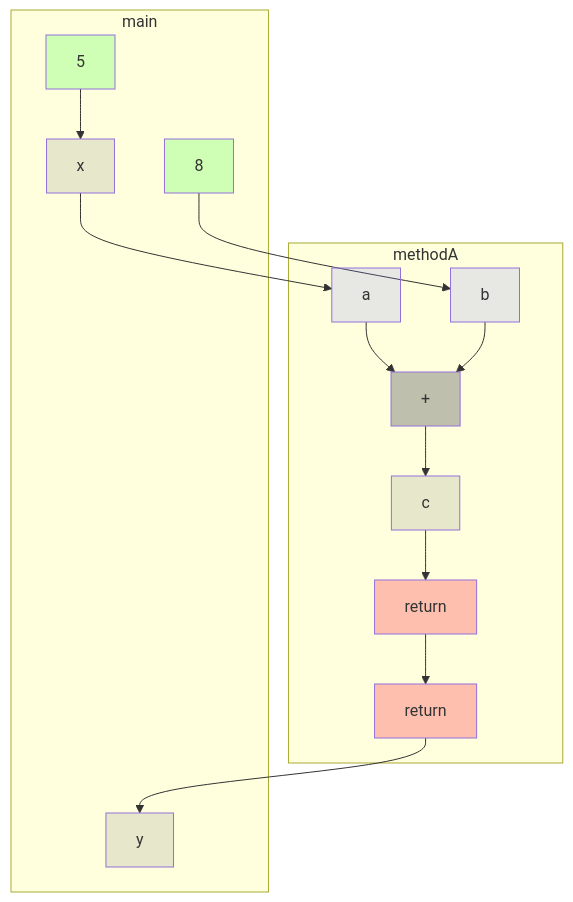
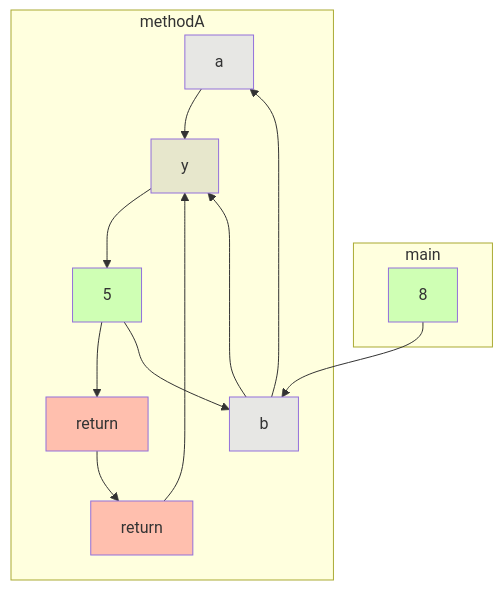
One commit to gstiebler/codeflow changed the diagram in app/src/test/resources/funcCall/truth.md. Above: the diagram before and after it, drawn with Mermaid. The commit also changed 3 other files, not shown here.

Commit message:
fix to graph node ext id

````diff
--- a/app/src/test/resources/funcCall/truth.md
+++ b/app/src/test/resources/funcCall/truth.md
@@ -1,21 +1,21 @@
 ```mermaid
 flowchart TD
   subgraph methodA
-    23[return]:::RETURN --> 21[return]:::RETURN
-    24[a]:::FUNC_PARAM --> 26[+]:::BIN_OP
-    25[b]:::FUNC_PARAM --> 26[+]:::BIN_OP
-    26[+]:::BIN_OP --> 28[c]:::VARIABLE
-    28[c]:::VARIABLE --> 23[return]:::RETURN
+    0[a]:::FUNC_PARAM --> 3[+]:::BIN_OP
+    1[b]:::FUNC_PARAM --> 3[+]:::BIN_OP
+    2[c]:::VARIABLE --> 6[return]:::RETURN
+    3[+]:::BIN_OP --> 2[c]:::VARIABLE
+    6[return]:::RETURN --> 5[return]:::RETURN
   end
   subgraph main
-    18[5]:::LITERAL --> 19[x]:::VARIABLE
-    19[x]:::VARIABLE --> 24[a]:::FUNC_PARAM
-    20[8]:::LITERAL --> 25[b]:::FUNC_PARAM
-    21[return]:::RETURN --> 22[y]:::VARIABLE
+    1[x]:::VARIABLE --> 0[a]:::FUNC_PARAM
+    2[5]:::LITERAL --> 1[x]:::VARIABLE
+    4[8]:::LITERAL --> 1[b]:::FUNC_PARAM
+    5[return]:::RETURN --> 3[y]:::VARIABLE
   end
   classDef LITERAL fill:#00FF0030
   classDef VARIABLE fill:#80808030
   classDef BIN_OP fill:#80808080
   classDef FUNC_PARAM fill:#8080FF30
   classDef RETURN fill:#FF808080
 ```
````
